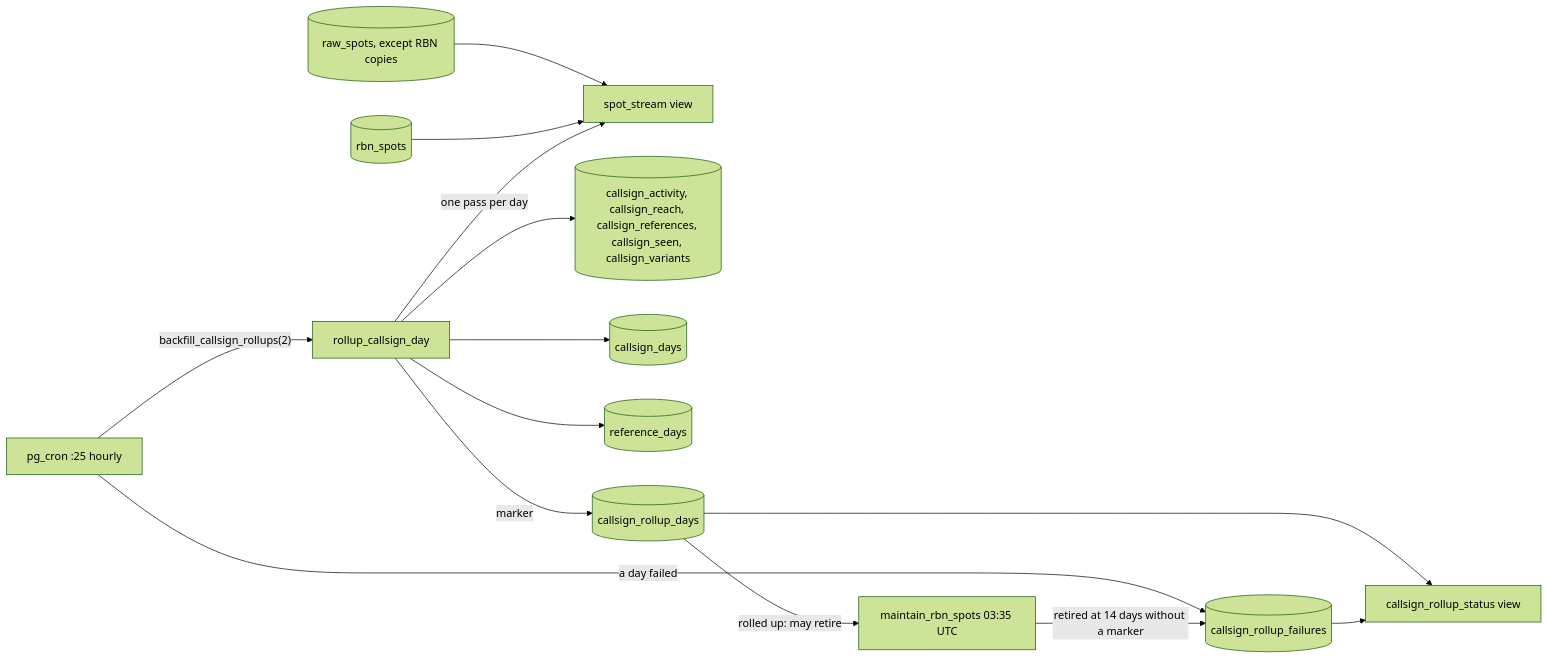
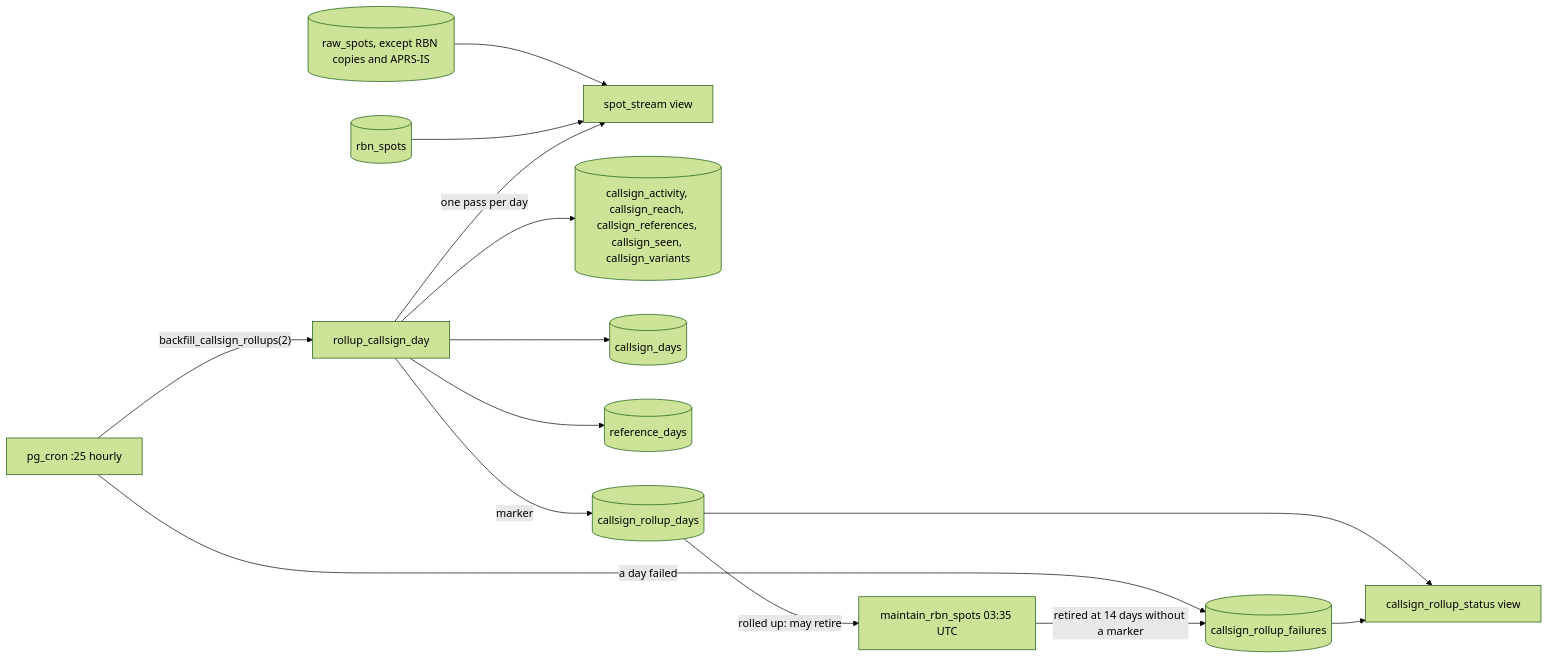
One commit to johnsonm/longlines changed the ninth of 16 diagrams in docs/ARCHITECTURE.md. Above: the diagram before and after it, drawn with Mermaid (forest theme). The commit also changed other lines of this file and 53 other files, not shown here.

````diff
--- a/docs/ARCHITECTURE.md
+++ b/docs/ARCHITECTURE.md
@@ -1027,16 +1060,16 @@
 ```mermaid
 flowchart LR
-  R[(raw_spots, except RBN copies)] --> V[spot_stream view]
+  R[(raw_spots, except RBN copies and APRS-IS)] --> V[spot_stream view]
   B[(rbn_spots)] --> V
   C[pg_cron :25 hourly] -- "backfill_callsign_rollups(2)" --> D[rollup_callsign_day]
   D -- "one pass per day" --> V
   D --> T[(callsign_activity, callsign_reach, callsign_references, callsign_seen, callsign_variants)]
   D --> Y[(callsign_days)]
   D --> RD[(reference_days)]
   D -- marker --> K[(callsign_rollup_days)]
   C -- "a day failed" --> F[(callsign_rollup_failures)]
   K -- "rolled up: may retire" --> M[maintain_rbn_spots 03:35 UTC]
   M -- "retired at 14 days without a marker" --> F
   K --> S[callsign_rollup_status view]
   F --> S
 ```
````
